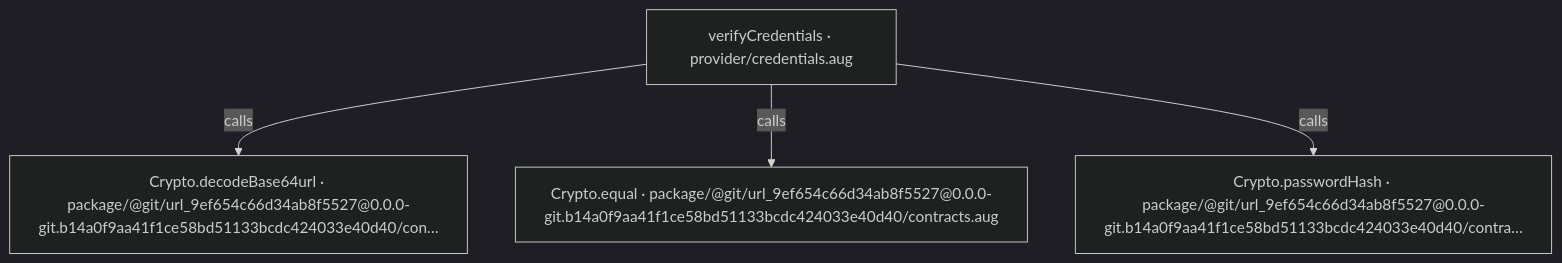
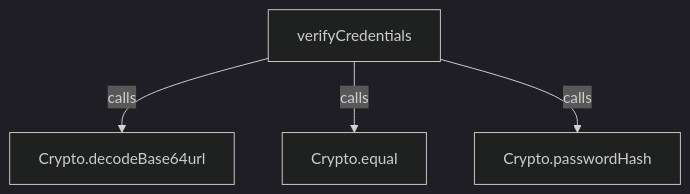
One commit to GreenPandaStudios/augscript changed the second of 3 diagrams in docs/examples/oidc-login/provider/credentials-diagrams.md. Above: the diagram before and after it, drawn with Mermaid (dark theme). The commit also changed other lines of this file and 524 other files, not shown here.

Commit message:
Explain checked data flow at folder and service levels

````diff
--- a/docs/examples/oidc-login/provider/credentials-diagrams.md
+++ b/docs/examples/oidc-login/provider/credentials-diagrams.md
@@ -29,10 +29,10 @@
 ```mermaid
 flowchart TD
-    n0["Crypto.decodeBase64url · package/@git/url_9ef654c66d34ab8f5527@0.0.0-git.b14a0f9aa41f1ce58bd51133bcdc424033e40d40/con…"]
-    n1["Crypto.equal · package/@git/url_9ef654c66d34ab8f5527@0.0.0-git.b14a0f9aa41f1ce58bd51133bcdc424033e40d40/contracts.aug"]
-    n2["Crypto.passwordHash · package/@git/url_9ef654c66d34ab8f5527@0.0.0-git.b14a0f9aa41f1ce58bd51133bcdc424033e40d40/contra…"]
-    n3["verifyCredentials · provider/credentials.aug"]
+    n0["Crypto.decodeBase64url"]
+    n1["Crypto.equal"]
+    n2["Crypto.passwordHash"]
+    n3["verifyCredentials"]
     n3 -->|"calls"| n0
     n3 -->|"calls"| n1
     n3 -->|"calls"| n2
 ```
````
